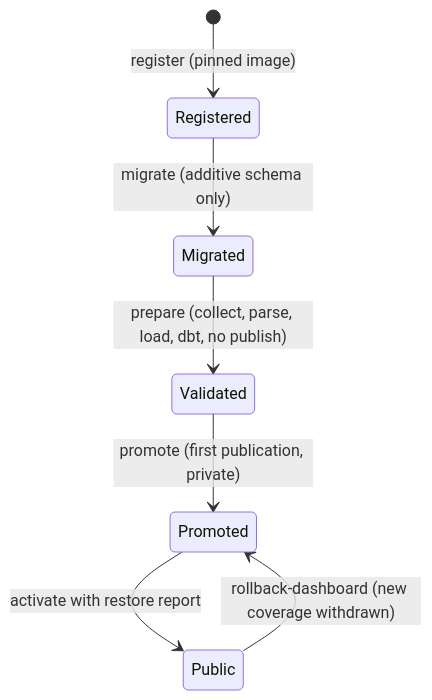
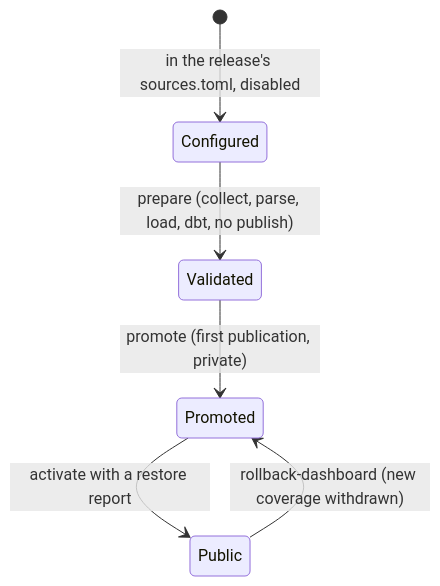
Before and after one commit to Naman4561/us-election-results-pipeline: the third of 5 diagrams in docs/architecture/operations.md, drawn with Mermaid. The commit also changed other lines of this file and 11 other files, not shown here.

First line of the commit message:
refactor: remove dead code, update README and architecture docs

````diff
--- a/docs/architecture/operations.md
+++ b/docs/architecture/operations.md
@@ -55,9 +51,8 @@
 ```mermaid
 stateDiagram-v2
-    [*] --> Registered: register (pinned image)
-    Registered --> Migrated: migrate (additive schema only)
-    Migrated --> Validated: prepare (collect, parse, load, dbt, no publish)
+    [*] --> Configured: in the release's sources.toml, disabled
+    Configured --> Validated: prepare (collect, parse, load, dbt, no publish)
     Validated --> Promoted: promote (first publication, private)
-    Promoted --> Public: activate with restore report
+    Promoted --> Public: activate with a restore report
     Public --> Promoted: rollback-dashboard (new coverage withdrawn)
 ```
````
